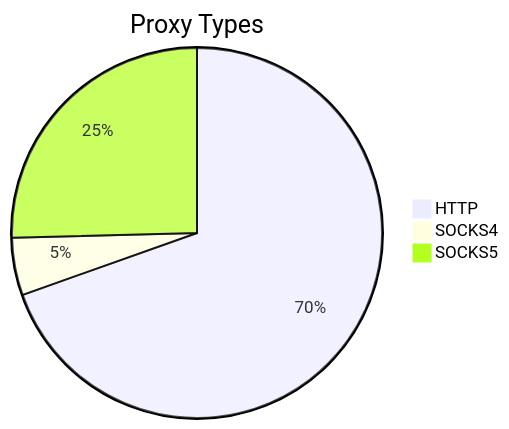
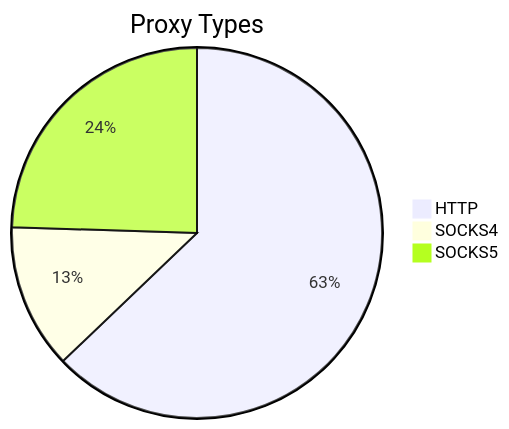
Before and after one commit to stormsia/proxy-list: the first of 2 diagrams in README.md, drawn with Mermaid. The commit also changed other lines of this file, not shown here.

````diff
--- a/README.md
+++ b/README.md
@@ -21,6 +21,6 @@
 ```mermaid
 pie title Proxy Types
-    "HTTP" : 638
-    "SOCKS4" : 46
-    "SOCKS5" : 233
+    "HTTP" : 721
+    "SOCKS4" : 145
+    "SOCKS5" : 281
 ```
````
